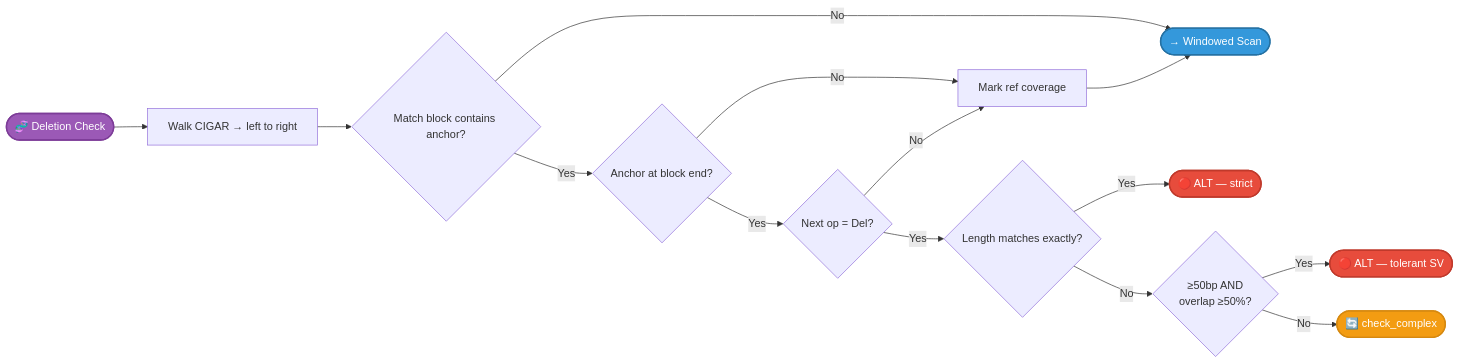
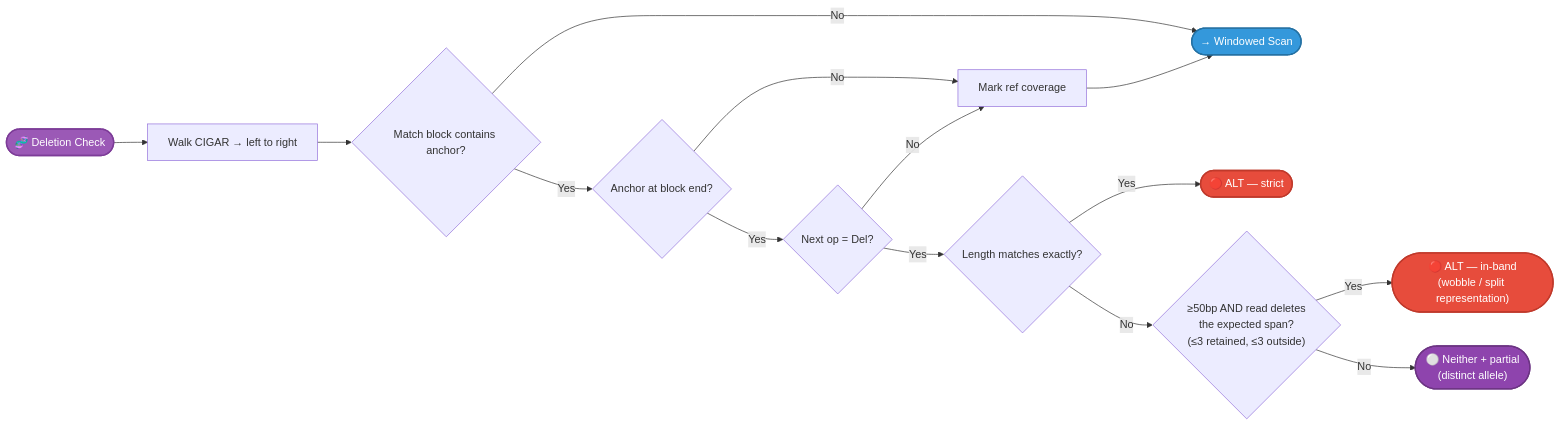
The fifth of 12 diagrams in docs/reference/allele-classification.md (msk-access/gbcms), drawn with Mermaid before and after one commit. The commit also changed other lines of this file and 13 other files, not shown here.

````diff
--- a/docs/reference/allele-classification.md
+++ b/docs/reference/allele-classification.md
@@ -264,21 +331,21 @@
 ```mermaid
 flowchart LR
     Start(["🧬 Deletion Check"]):::start --> Walk["Walk CIGAR → left to right"]
     Walk --> MatchBlk{"Match block contains anchor?"}
     MatchBlk -->|No| WinCheck(["→ Windowed Scan"]):::next
     MatchBlk -->|Yes| AtEnd{"Anchor at block end?"}
     AtEnd -->|No| RefCov["Mark ref coverage"]
     AtEnd -->|Yes| NextDel{"Next op = Del?"}
     NextDel -->|No| RefCov
     NextDel -->|Yes| LenMatch{"Length matches exactly?"}
     LenMatch -->|Yes| StrictAlt(["🔴 ALT — strict"]):::alt
-    LenMatch -->|No| Recip{"≥50bp AND\noverlap ≥50%?"}
-    Recip -->|Yes| TolAlt(["🔴 ALT — tolerant SV"]):::alt
-    Recip -->|No| CPX(["🔄 check_complex"]):::fallback
+    LenMatch -->|No| Band{"≥50bp AND read deletes\nthe expected span?\n(≤3 retained, ≤3 outside)"}
+    Band -->|Yes| BandAlt(["🔴 ALT — in-band\n(wobble / split representation)"]):::alt
+    Band -->|No| WLPartial(["⚪ Neither + partial\n(distinct allele)"]):::partial
     RefCov --> WinCheck
 
     classDef start fill:#9b59b6,color:#fff,stroke:#7d3c98,stroke-width:2px;
     classDef next fill:#3498db,color:#fff,stroke:#2471a3,stroke-width:2px;
     classDef alt fill:#e74c3c,color:#fff,stroke:#c0392b,stroke-width:2px;
-    classDef fallback fill:#f39c12,color:#fff,stroke:#d68910,stroke-width:2px;
+    classDef partial fill:#8e44ad,color:#fff,stroke:#6c3483,stroke-width:2px;
 ```
````
